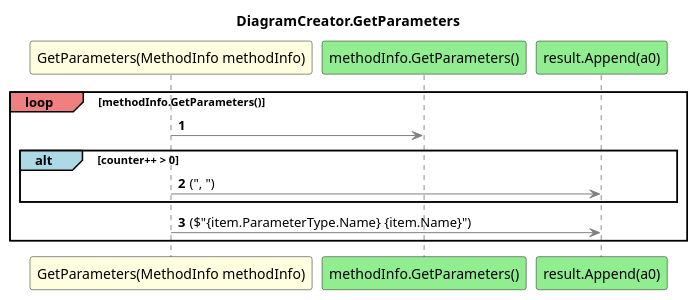
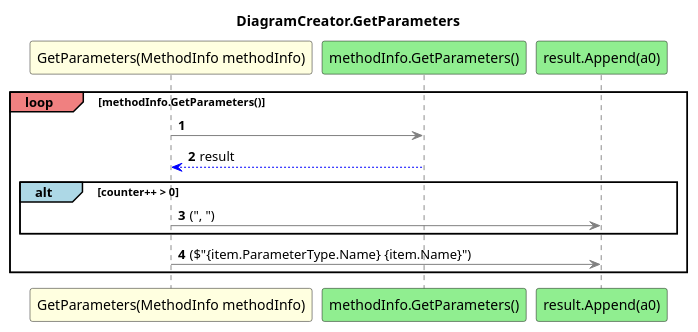
One commit to leoggehrer/PlantUML changed the diagram in PlantUML.Logic/diagrams/sq_DiagramCreator_GetParameters.puml. Above: the diagram before and after it, drawn with PlantUML. The commit also changed 51 other files, not shown here.

```diff
--- a/PlantUML.Logic/diagrams/sq_DiagramCreator_GetParameters.puml
+++ b/PlantUML.Logic/diagrams/sq_DiagramCreator_GetParameters.puml
@@ -1,14 +1,15 @@
 @startuml DiagramCreator.GetParameters
 title DiagramCreator.GetParameters
 participant "GetParameters(MethodInfo methodInfo)" as GetParameters_p0 #LightYellow
 participant "methodInfo.GetParameters()" as methodInfo_GetParameters #LightGreen
 participant "result.Append(a0)" as result_Append_a0 #LightGreen
 autonumber
 loop#LightCoral methodInfo.GetParameters()
  GetParameters_p0 -[#grey]> methodInfo_GetParameters
+ methodInfo_GetParameters -[#blue]-> GetParameters_p0 : result
  alt#LightBlue counter++ > 0
  GetParameters_p0 -[#grey]> result_Append_a0 : (", ")
  end
  GetParameters_p0 -[#grey]> result_Append_a0 : ($"{item.ParameterType.Name} {item.Name}")
 end
 @enduml
```
